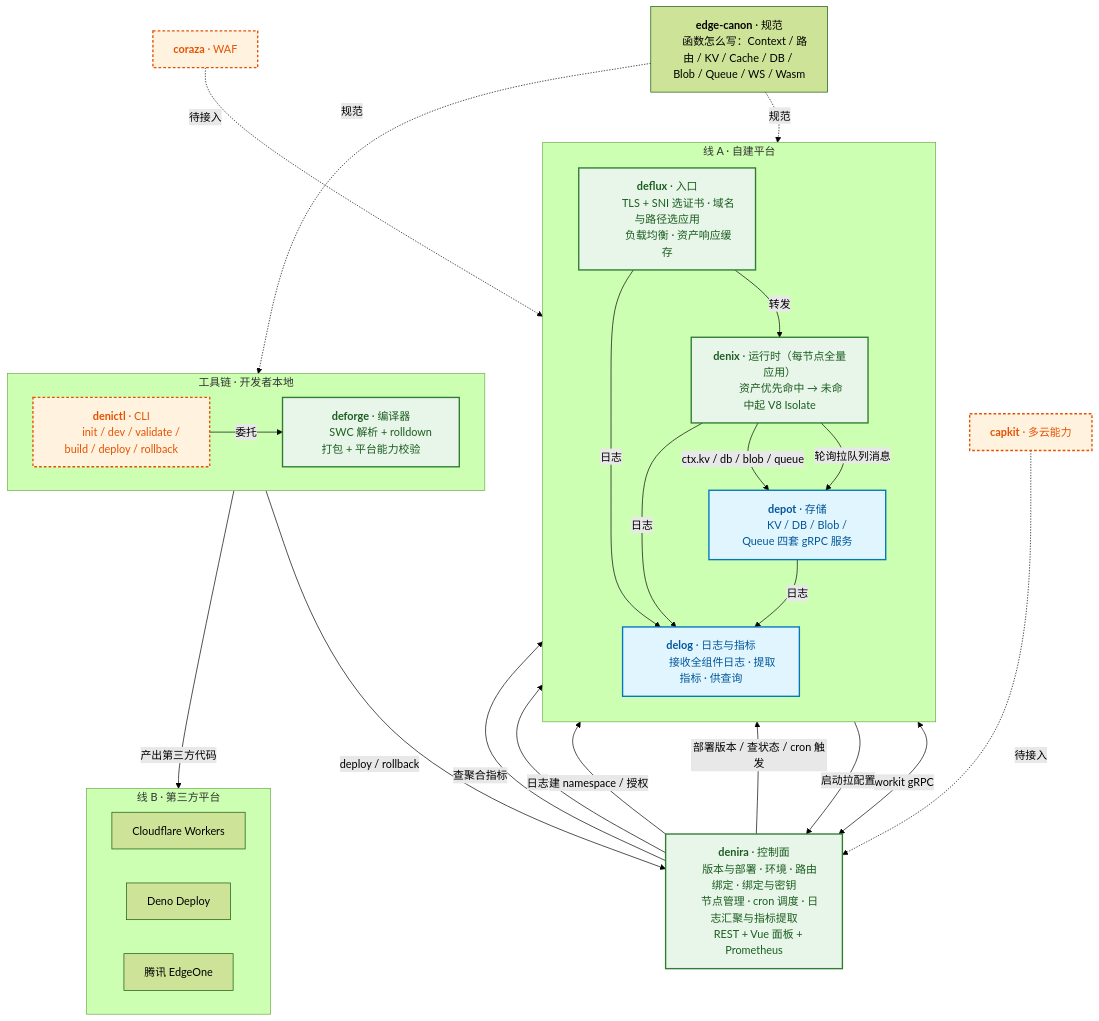
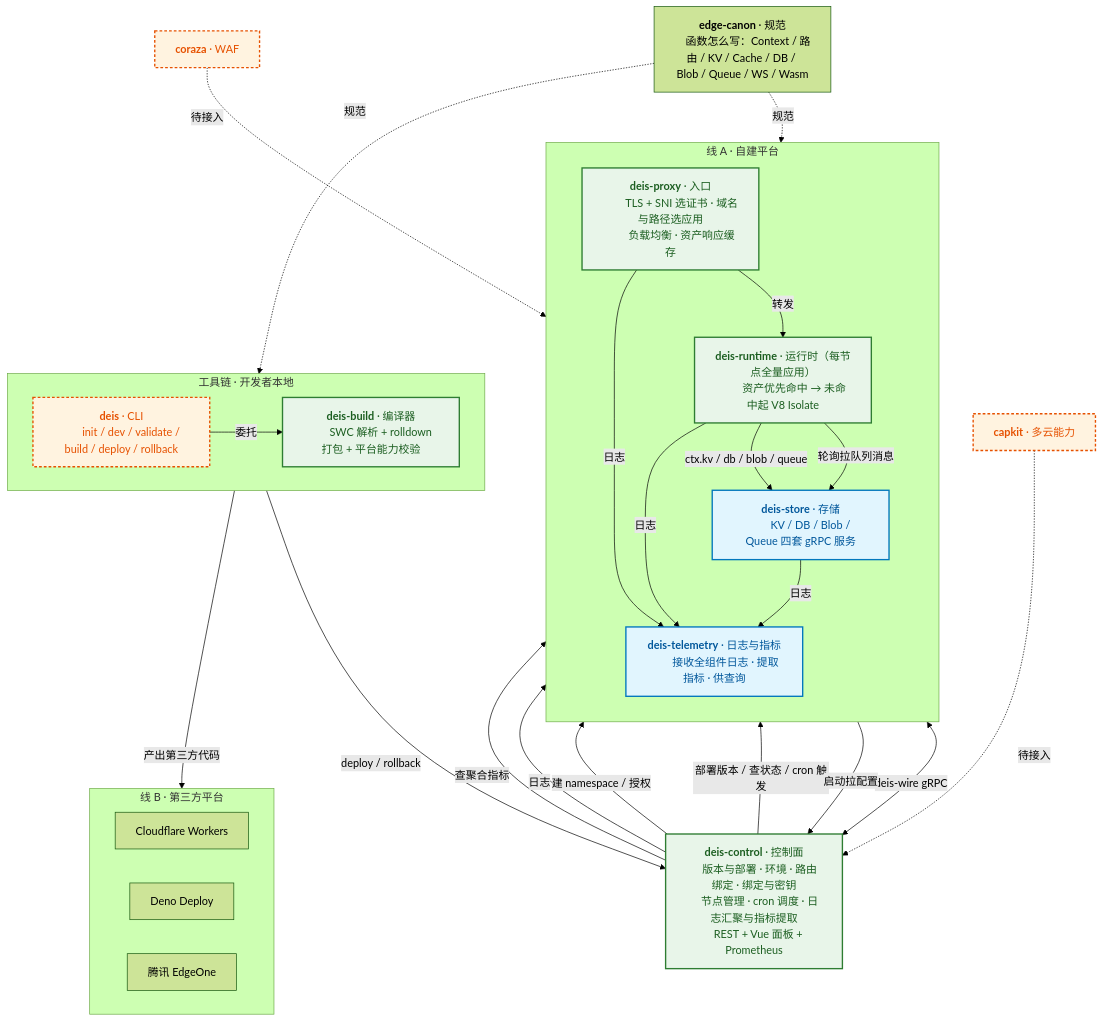
The first of 6 diagrams in docs/architecture.zh.md (deislet/deislet), drawn with Mermaid (forest theme) before and after one commit. The commit also changed other lines of this file and 591 other files, not shown here.

````diff
--- a/docs/architecture.zh.md
+++ b/docs/architecture.zh.md
@@ -30,70 +30,70 @@
 ```mermaid
 flowchart TB
     canon["<b>edge-canon</b> · 规范
     函数怎么写：Context / 路由 / KV / Cache / DB / Blob / Queue / WS / Wasm"]
 
     subgraph tool["工具链 · 开发者本地"]
         direction LR
-        denictl["<b>denictl</b> · CLI
+        deis["<b>deis</b> · CLI
         init / dev / validate / build / deploy / rollback"]
-        deforge["<b>deforge</b> · 编译器
+        deis-build["<b>deis-build</b> · 编译器
         SWC 解析 + rolldown 打包 + 平台能力校验"]
     end
 
     subgraph third["线 B · 第三方平台"]
         direction LR
         CFW["Cloudflare Workers"]
         DD["Deno Deploy"]
         EO["腾讯 EdgeOne"]
     end
 
     subgraph self["线 A · 自建平台"]
         direction TB
-        deflux["<b>deflux</b> · 入口
+        deis-proxy["<b>deis-proxy</b> · 入口
         TLS + SNI 选证书 · 域名与路径选应用
         负载均衡 · 资产响应缓存"]
-        denix["<b>denix</b> · 运行时（每节点全量应用）
+        deis-runtime["<b>deis-runtime</b> · 运行时（每节点全量应用）
         资产优先命中 → 未命中起 V8 Isolate"]
-        depot["<b>depot</b> · 存储
+        deis-store["<b>deis-store</b> · 存储
         KV / DB / Blob / Queue 四套 gRPC 服务"]
-        delog["<b>delog</b> · 日志与指标
+        deis-telemetry["<b>deis-telemetry</b> · 日志与指标
         接收全组件日志 · 提取指标 · 供查询"]
     end
 
-    denira["<b>denira</b> · 控制面
+    deis-control["<b>deis-control</b> · 控制面
     版本与部署 · 环境 · 路由绑定 · 绑定与密钥
     节点管理 · cron 调度 · 日志汇聚与指标提取
     REST + Vue 面板 + Prometheus"]
 
     coraza["<b>coraza</b> · WAF"]
     capkit["<b>capkit</b> · 多云能力"]
 
-    canon -.规范.-> deforge
-    canon -.规范.-> denix
-    denictl --委托--> deforge
-    deforge --产出第三方代码--> third
-    denictl --"deploy / rollback"--> denira
+    canon -.规范.-> deis-build
+    canon -.规范.-> deis-runtime
+    deis --委托--> deis-build
+    deis-build --产出第三方代码--> third
+    deis --"deploy / rollback"--> deis-control
 
-    deflux --转发--> denix
-    denix --"ctx.kv / db / blob / queue"--> depot
-    denix --"轮询拉队列消息"--> depot
-    deflux <-->|"workit gRPC"| denira
-    denira --"部署版本 / 查状态 / cron 触发"--> denix
-    denix --"启动拉配置"--> denira
-    denira --"建 namespace / 授权"--> depot
-    deflux --日志--> delog
-    denix --日志--> delog
-    depot --日志--> delog
-    denira --日志--> delog
-    denira --"查聚合指标"--> delog
+    deis-proxy --转发--> deis-runtime
+    deis-runtime --"ctx.kv / db / blob / queue"--> deis-store
+    deis-runtime --"轮询拉队列消息"--> deis-store
+    deis-proxy <-->|"deis-wire gRPC"| deis-control
+    deis-control --"部署版本 / 查状态 / cron 触发"--> deis-runtime
+    deis-runtime --"启动拉配置"--> deis-control
+    deis-control --"建 namespace / 授权"--> deis-store
+    deis-proxy --日志--> deis-telemetry
+    deis-runtime --日志--> deis-telemetry
+    deis-store --日志--> deis-telemetry
+    deis-control --日志--> deis-telemetry
+    deis-control --"查聚合指标"--> deis-telemetry
 
-    coraza -.待接入.-> deflux
-    capkit -.待接入.-> denira
+    coraza -.待接入.-> deis-proxy
+    capkit -.待接入.-> deis-control
 
     classDef done fill:#e8f5e9,stroke:#2e7d32,stroke-width:2px,color:#1b5e20
     classDef new fill:#e1f5fe,stroke:#0277bd,stroke-width:2px,color:#01579b
     classDef gap fill:#fff3e0,stroke:#e65100,stroke-width:2px,stroke-dasharray:4 3,color:#e65100
-    class deflux,denix,denira,deforge done
-    class depot,delog new
-    class coraza,capkit,denictl gap
+    class deis-proxy,deis-runtime,deis-control,deis-build done
+    class deis-store,deis-telemetry new
+    class coraza,capkit,deis gap
 ```
````
